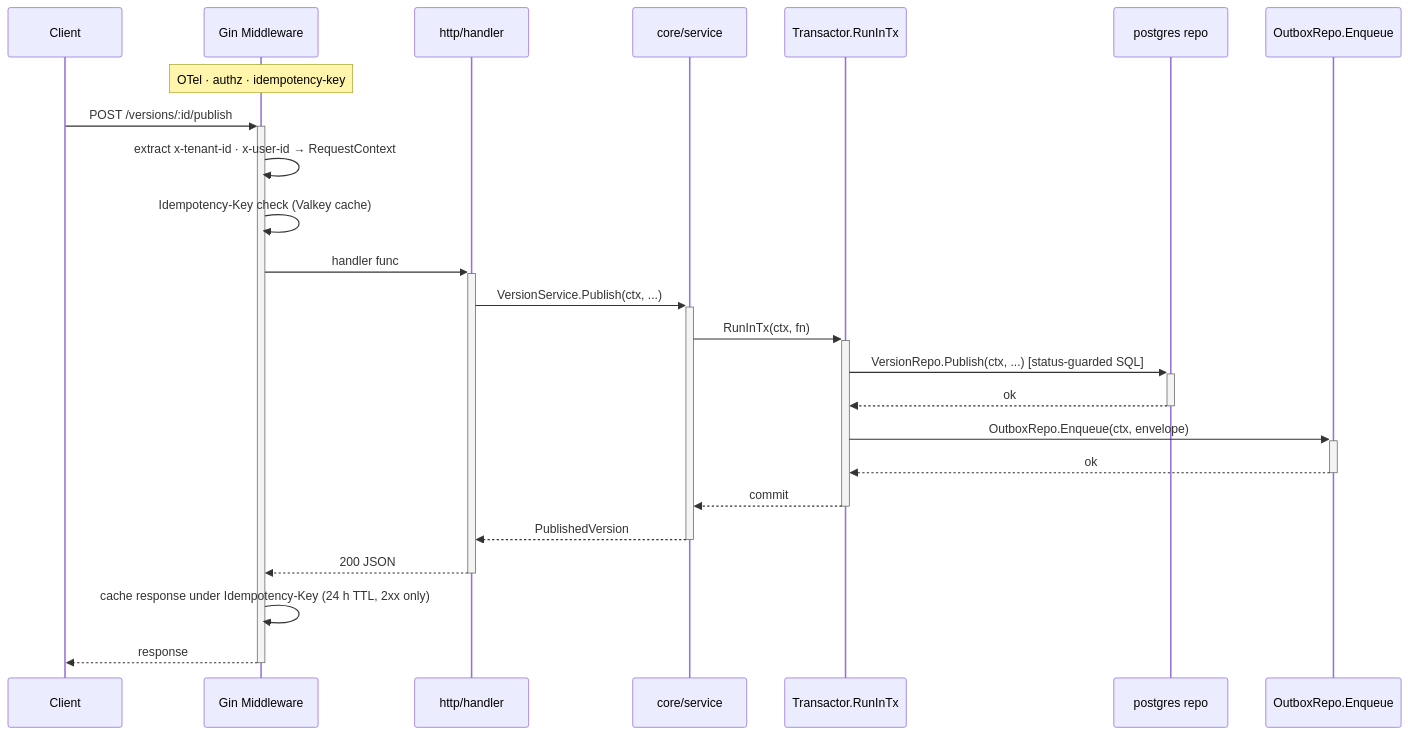
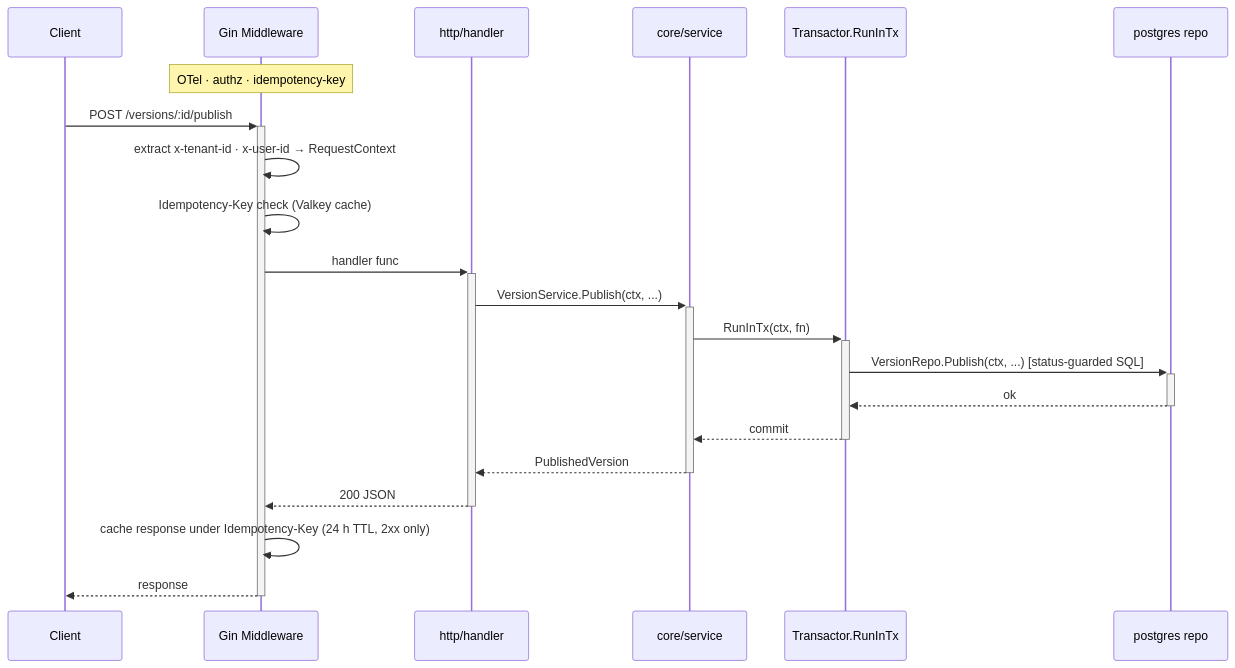
Before and after one commit to BCBP-SOLUTIONS-FZC-LLC/workflow-definition-service: the diagram in docs/architecture/mermaid/http-mutation-flow.mmd, drawn with Mermaid. The commit also changed 56 other files, not shown here.

```diff
--- a/docs/architecture/mermaid/http-mutation-flow.mmd
+++ b/docs/architecture/mermaid/http-mutation-flow.mmd
@@ -1,25 +1,22 @@
 sequenceDiagram
     participant Client
     participant Middleware as Gin Middleware
     participant Handler as http/handler
     participant Service as core/service
     participant Tx as Transactor.RunInTx
     participant Repo as postgres repo
-    participant Outbox as OutboxRepo.Enqueue
 
     Note over Middleware: OTel · authz · idempotency-key
     Client ->>+ Middleware: POST /versions/:id/publish
     Middleware ->> Middleware: extract x-tenant-id · x-user-id → RequestContext
     Middleware ->> Middleware: Idempotency-Key check (Valkey cache)
     Middleware ->>+ Handler: handler func
     Handler ->>+ Service: VersionService.Publish(ctx, ...)
     Service ->>+ Tx: RunInTx(ctx, fn)
     Tx ->>+ Repo: VersionRepo.Publish(ctx, ...)  [status-guarded SQL]
     Repo -->>- Tx: ok
-    Tx ->>+ Outbox: OutboxRepo.Enqueue(ctx, envelope)
-    Outbox -->>- Tx: ok
     Tx -->>- Service: commit
     Service -->>- Handler: PublishedVersion
     Handler -->>- Middleware: 200 JSON
     Middleware ->> Middleware: cache response under Idempotency-Key (24 h TTL, 2xx only)
     Middleware -->>- Client: response
```
